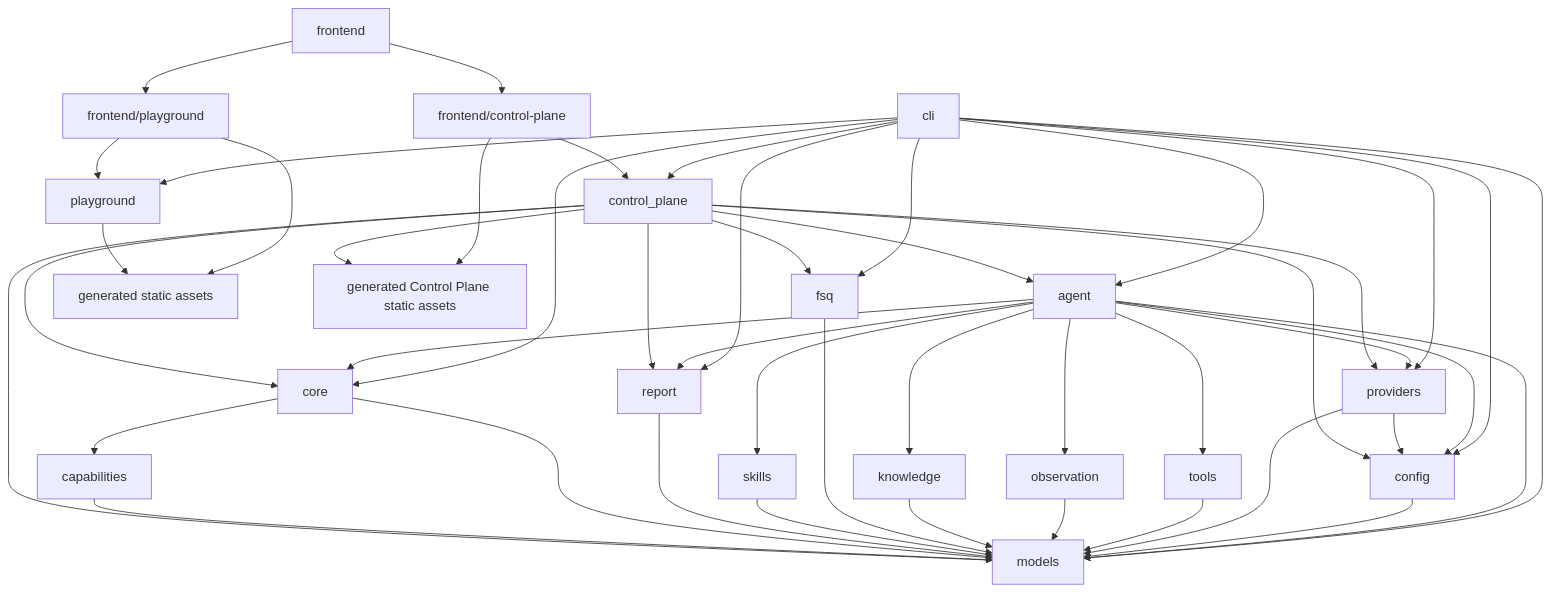
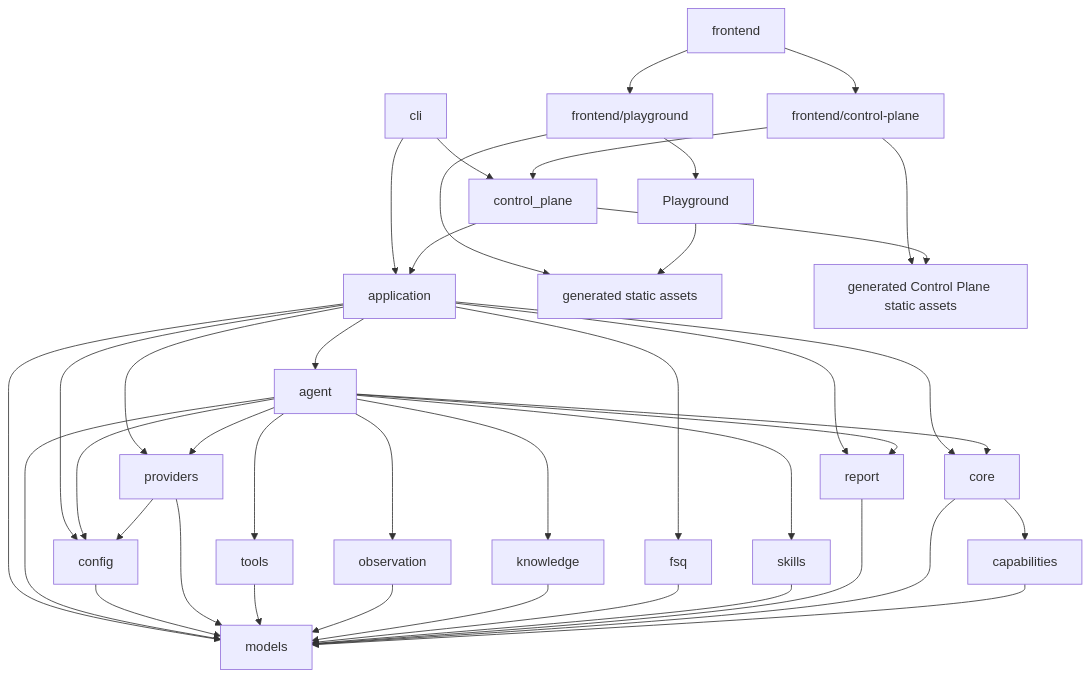
The diagram in SPEC.md (houlianpi/FSQ), drawn with Mermaid before and after one commit. The commit also changed other lines of this file and 32 other files, not shown here.

Commit message:
feat(cli): implement next-generation command architecture

````diff
--- a/SPEC.md
+++ b/SPEC.md
@@ -136,48 +145,42 @@
 ```mermaid
 flowchart TD
-    CLI[cli] --> Agent[agent]
-    CLI --> Core[core]
-    CLI --> FSQ[fsq]
-    CLI --> Config[config]
-    CLI --> Providers[providers]
-    CLI --> Models[models]
-    CLI --> Report[report]
-    CLI --> Playground[playground]
+    CLI[cli] --> Application[application]
     CLI --> ControlPlane[control_plane]
+    ControlPlane --> Application
+    Application --> Agent[agent]
+    Application --> Core[core]
+    Application --> FSQ[fsq]
+    Application --> Config[config]
+    Application --> Providers[providers]
+    Application --> Models[models]
+    Application --> Report[report]
     Agent --> Core[core]
     Agent --> Config[config]
     Agent --> Providers[providers]
     Agent --> Models[models]
     Agent --> Tools[tools]
     Agent --> Observation[observation]
     Agent --> Knowledge[knowledge]
     Agent --> Skills[skills]
     Agent --> Report[report]
     Config --> Models
     Providers --> Config
     Providers --> Models
     Tools --> Models
     Observation --> Models
     Knowledge --> Models
     FSQ --> Models
     Skills --> Models
     Report --> Models
     Core --> Models
     Capabilities[capabilities] --> Models
     Core --> Capabilities
-    ControlPlane --> Agent
-    ControlPlane --> Core
-    ControlPlane --> FSQ
-    ControlPlane --> Config
-    ControlPlane --> Providers
-    ControlPlane --> Models
-    ControlPlane --> Report
     Frontend[frontend] --> FrontendPlayground[frontend/playground]
     Frontend --> FrontendControlPlane[frontend/control-plane]
     FrontendPlayground --> Playground
     FrontendPlayground --> StaticAssets[generated static assets]
     Playground --> StaticAssets
     FrontendControlPlane --> ControlPlane
     FrontendControlPlane --> ControlPlaneStatic[generated Control Plane static assets]
     ControlPlane --> ControlPlaneStatic
 ```
````
